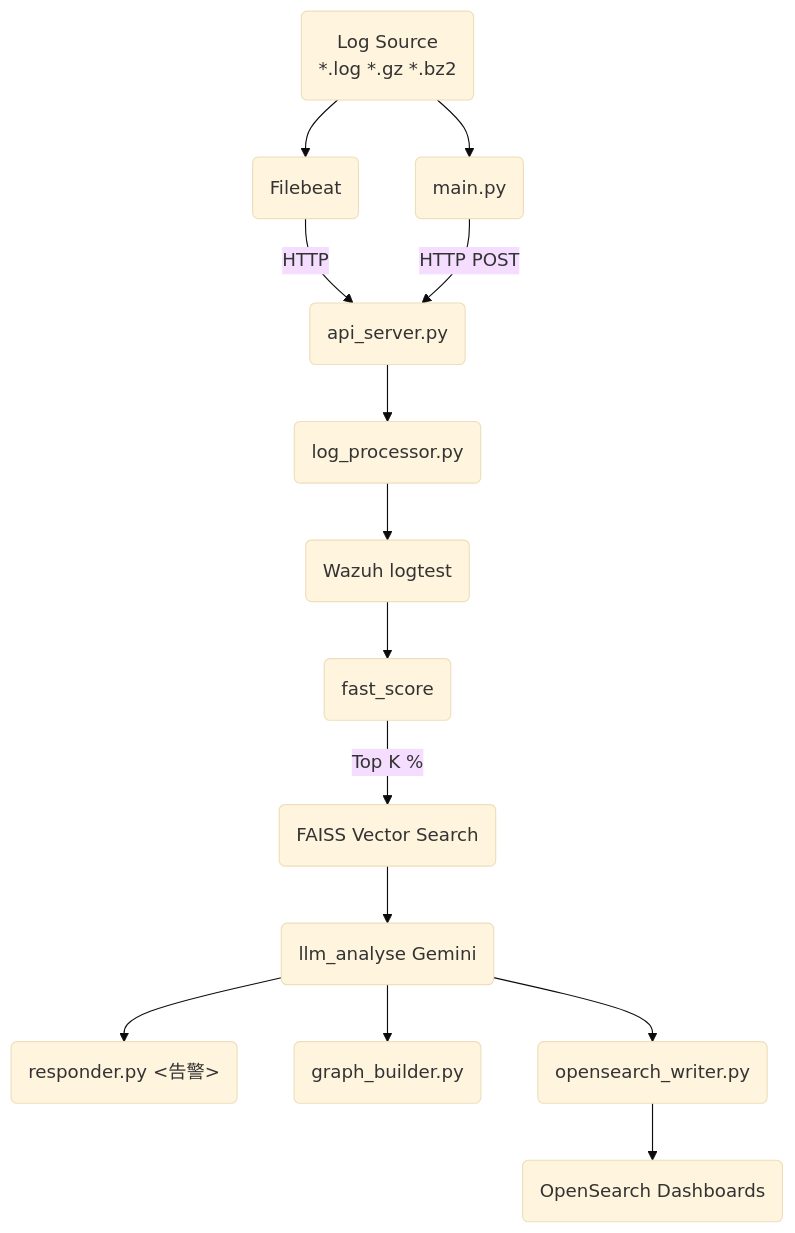
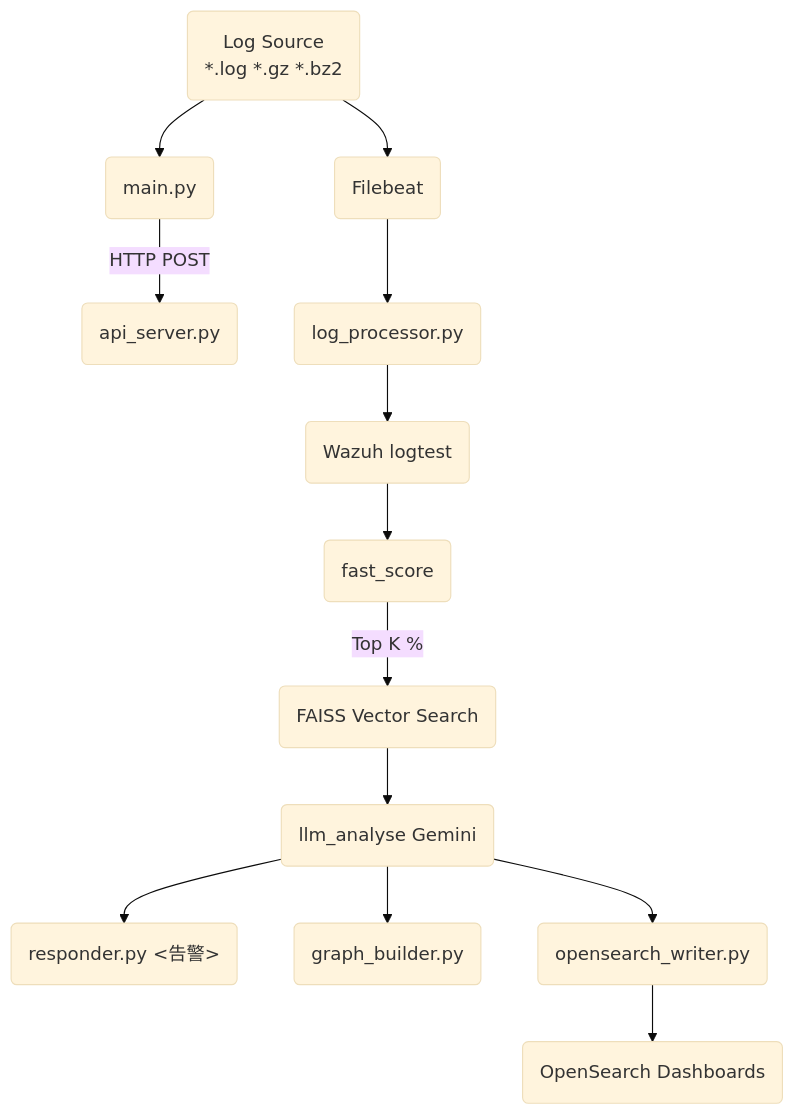
One commit to trionnemesis/AI_lms_log_analyzer changed the diagram in README.md. Above: the diagram before and after it, drawn with Mermaid (base theme). The commit also changed other lines of this file and 3 other files, not shown here.

````diff
--- a/README.md
+++ b/README.md
@@ -29,16 +29,15 @@
 ```mermaid
 flowchart TD
     A(Log Source\n*.log *.gz *.bz2) --> B(Filebeat)
     A --> M(main.py)
-    B -->|HTTP| C(filebeat_server.py)
     M -->|HTTP POST| C(api_server.py)
-    C --> D(log_processor.py)
+    B --> D(log_processor.py)
     D --> E(Wazuh logtest)
     E --> F(fast_score)
     F -->|Top K %| G(FAISS Vector Search)
     G --> H(llm_analyse Gemini)
     H --> I(responder.py <告警>)
     H --> J(graph_builder.py <Neo4j>)
     H --> K(opensearch_writer.py <OpenSearch>)
     K --> L(OpenSearch Dashboards)
 ```
````
